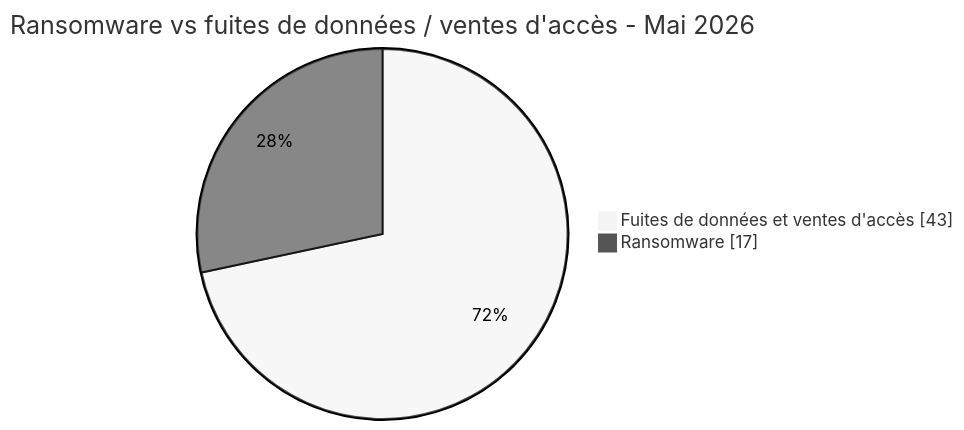
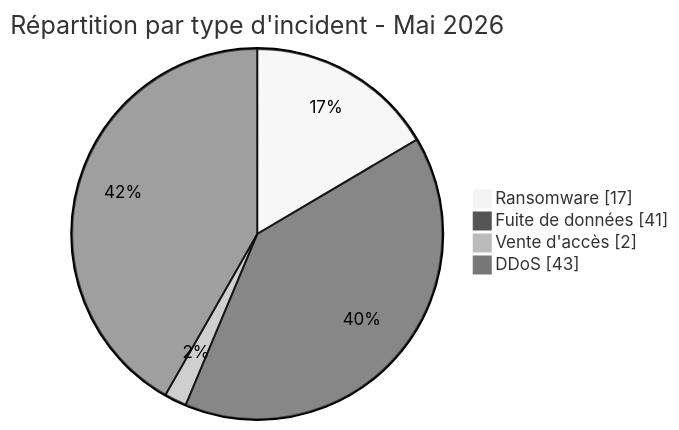
Before and after one commit to Hatchepsoute/AFRINTEL: the fourth of 9 diagrams in CyberAttackAfrica/2026/05-may/README_FR.md, drawn with Mermaid (neutral theme). The commit also changed other lines of this file and 45 other files, not shown here.

````diff
--- a/CyberAttackAfrica/2026/05-may/README_FR.md
+++ b/CyberAttackAfrica/2026/05-may/README_FR.md
@@ -151,6 +203,8 @@
 ```mermaid
 pie showData
- title Ransomware vs fuites de données / ventes d'accès - Mai 2026
- "Fuites de données et ventes d'accès" : 43
+ title Répartition par type d'incident - Mai 2026
  "Ransomware" : 17
+ "Fuite de données" : 41
+ "Vente d'accès" : 2
+ "DDoS" : 43
 ```
````
